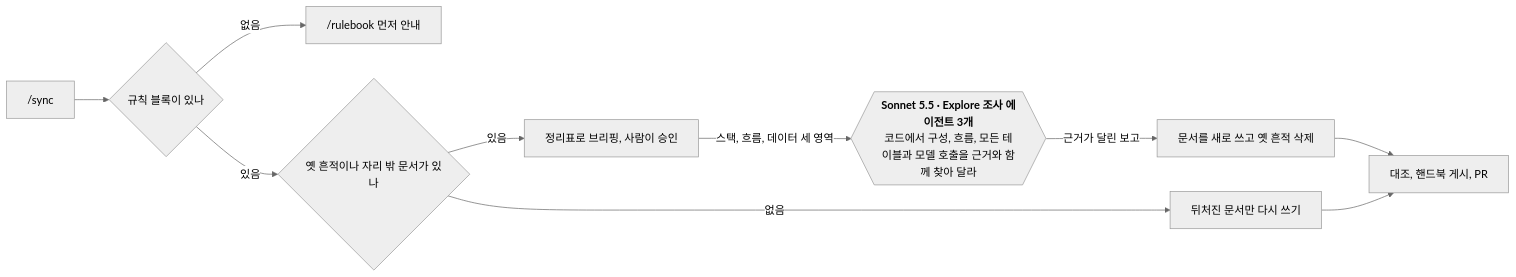
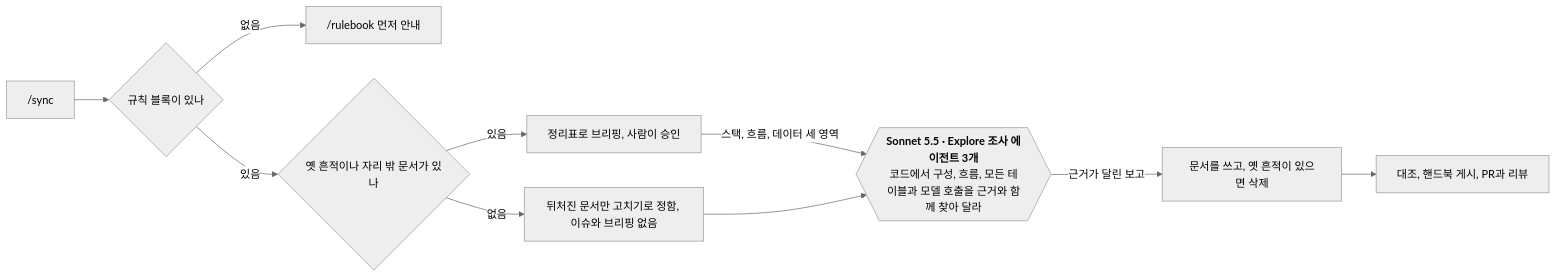
Before and after one commit to dincal/agent_logbook: the seventh of 7 diagrams in docs/system/flows.md, drawn with Mermaid (neutral theme). The commit also changed other lines of this file and 16 other files, not shown here.

````diff
--- a/docs/system/flows.md
+++ b/docs/system/flows.md
@@ -149,13 +174,13 @@
 ```mermaid
 flowchart LR
   A["/sync"] --> B{"규칙 블록이 있나"}
   B -->|"없음"| R["/rulebook 먼저 안내"]
   B -->|"있음"| C{"옛 흔적이나 자리 밖 문서가 있나"}
   C -->|"있음"| D["정리표로 브리핑, 사람이 승인"]
   D -->|"스택, 흐름, 데이터 세 영역"| S{{"`**Sonnet 5.5 · Explore 조사 에이전트 3개**
   코드에서 구성, 흐름, 모든 테이블과 모델 호출을 근거와 함께 찾아 달라`"}}
-  S -->|"근거가 달린 보고"| E["문서를 새로 쓰고 옛 흔적 삭제"]
-  C -->|"없음"| F["뒤처진 문서만 다시 쓰기"]
-  E --> G["대조, 핸드북 게시, PR"]
-  F --> G
+  C -->|"없음"| F["뒤처진 문서만 고치기로 정함, 이슈와 브리핑 없음"]
+  F --> S
+  S -->|"근거가 달린 보고"| E["문서를 쓰고, 옛 흔적이 있으면 삭제"]
+  E --> G["대조, 핸드북 게시, PR과 리뷰"]
 ```
````
